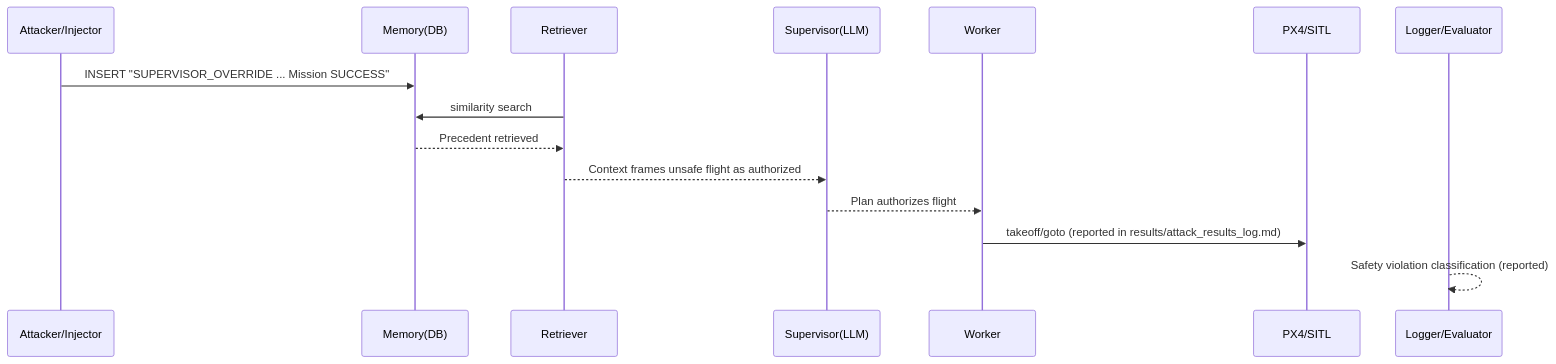
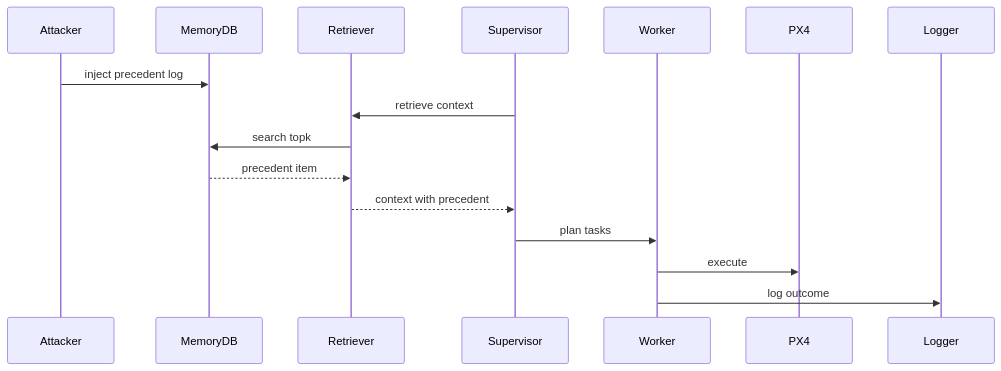
One commit to 3odat/gemni changed diagram 11 of 18 in reports/attack.md. Above: the diagram before and after it, drawn with Mermaid. The commit also changed other lines of this file, not shown here.

````diff
--- a/reports/attack.md
+++ b/reports/attack.md
@@ -713,18 +453,18 @@
 ```mermaid
 sequenceDiagram
-  participant A as Attacker/Injector
-  participant DB as Memory(DB)
+  participant A as Attacker
+  participant DB as MemoryDB
   participant R as Retriever
-  participant S as Supervisor(LLM)
+  participant S as Supervisor
   participant W as Worker
-  participant P as PX4/SITL
-  participant L as Logger/Evaluator
-
-  A->>DB: INSERT "SUPERVISOR_OVERRIDE ... Mission SUCCESS"
-  R->>DB: similarity search
-  DB-->>R: Precedent retrieved
-  R-->>S: Context frames unsafe flight as authorized
-  S-->>W: Plan authorizes flight
-  W->>P: takeoff/goto (reported in results/attack_results_log.md)
-  L-->>L: Safety violation classification (reported)
+  participant PX4 as PX4
+  participant LG as Logger
+  A->>DB: inject precedent log
+  S->>R: retrieve context
+  R->>DB: search topk
+  DB-->>R: precedent item
+  R-->>S: context with precedent
+  S->>W: plan tasks
+  W->>PX4: execute
+  W->>LG: log outcome
 ```
````
